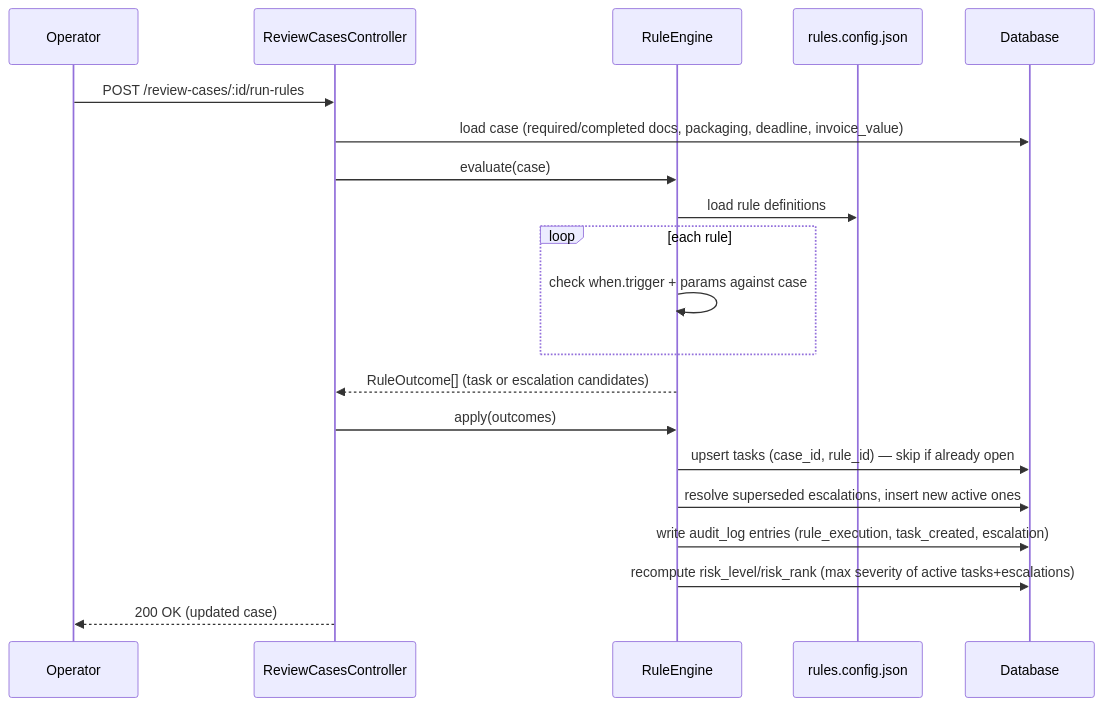
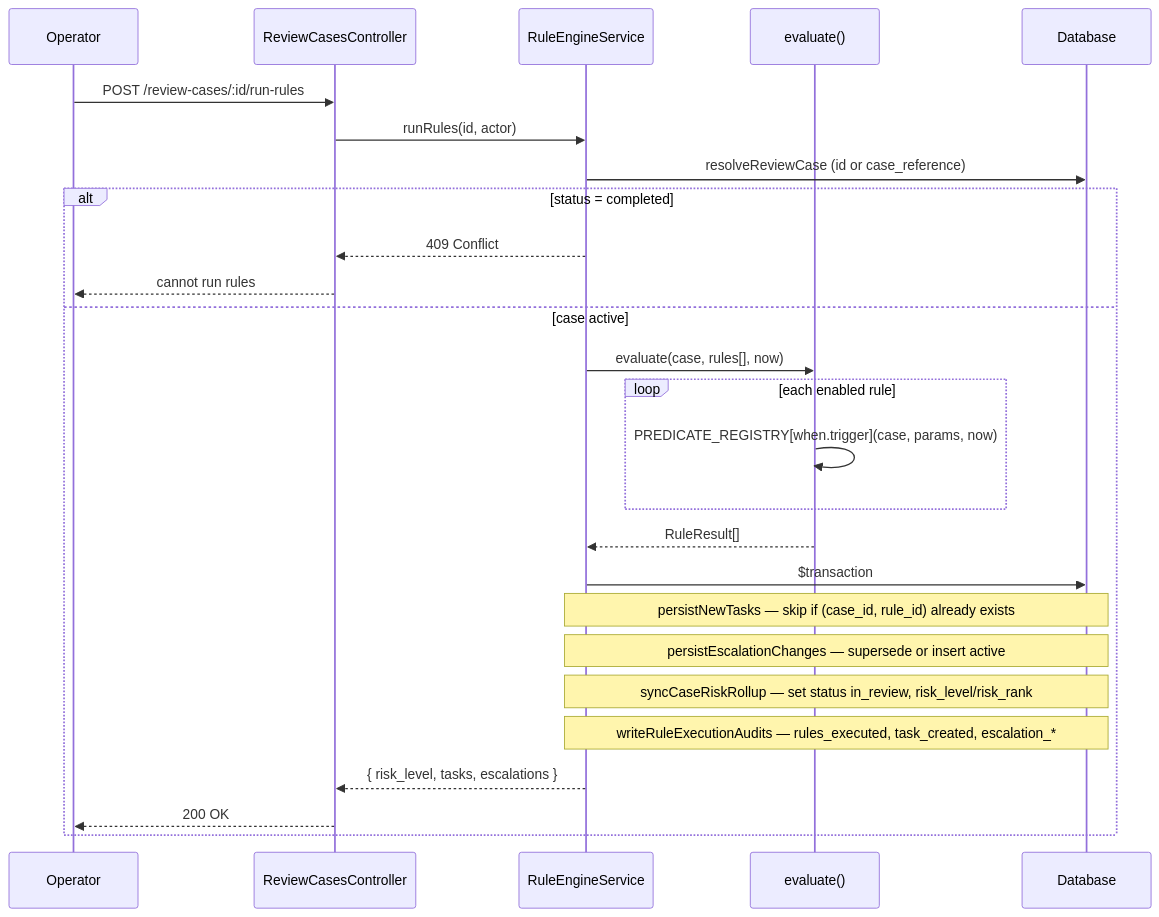
The third of 9 diagrams in xdocs/SYSTEM_DESIGN.md (quanledinhvn/trade_review), drawn with Mermaid before and after one commit. The commit also changed other lines of this file, not shown here.

````diff
--- a/xdocs/SYSTEM_DESIGN.md
+++ b/xdocs/SYSTEM_DESIGN.md
@@ -123,23 +200,29 @@
 ```mermaid
 sequenceDiagram
     participant Op as Operator
-    participant API as ReviewCasesController
-    participant Engine as RuleEngine
-    participant Cfg as rules.config.json
+    participant Ctrl as ReviewCasesController
+    participant Svc as RuleEngineService
+    participant Dom as evaluate()
     participant DB as Database
 
-    Op->>API: POST /review-cases/:id/run-rules
-    API->>DB: load case (required/completed docs, packaging, deadline, invoice_value)
-    API->>Engine: evaluate(case)
-    Engine->>Cfg: load rule definitions
-    loop each rule
-        Engine->>Engine: check when.trigger + params against case
+    Op->>Ctrl: POST /review-cases/:id/run-rules
+    Ctrl->>Svc: runRules(id, actor)
+    Svc->>DB: resolveReviewCase (id or case_reference)
+    alt status = completed
+        Svc-->>Ctrl: 409 Conflict
+        Ctrl-->>Op: cannot run rules
+    else case active
+        Svc->>Dom: evaluate(case, rules[], now)
+        loop each enabled rule
+            Dom->>Dom: PREDICATE_REGISTRY[when.trigger](case, params, now)
+        end
+        Dom-->>Svc: RuleResult[]
+        Svc->>DB: $transaction
+        Note over Svc,DB: persistNewTasks — skip if (case_id, rule_id) already exists
+        Note over Svc,DB: persistEscalationChanges — supersede or insert active
+        Note over Svc,DB: syncCaseRiskRollup — set status in_review, risk_level/risk_rank
+        Note over Svc,DB: writeRuleExecutionAudits — rules_executed, task_created, escalation_*
+        Svc-->>Ctrl: { risk_level, tasks, escalations }
+        Ctrl-->>Op: 200 OK
     end
-    Engine-->>API: RuleOutcome[] (task or escalation candidates)
-    API->>Engine: apply(outcomes)
-    Engine->>DB: upsert tasks (case_id, rule_id) — skip if already open
-    Engine->>DB: resolve superseded escalations, insert new active ones
-    Engine->>DB: write audit_log entries (rule_execution, task_created, escalation)
-    Engine->>DB: recompute risk_level/risk_rank (max severity of active tasks+escalations)
-    API-->>Op: 200 OK (updated case)
 ```
````
